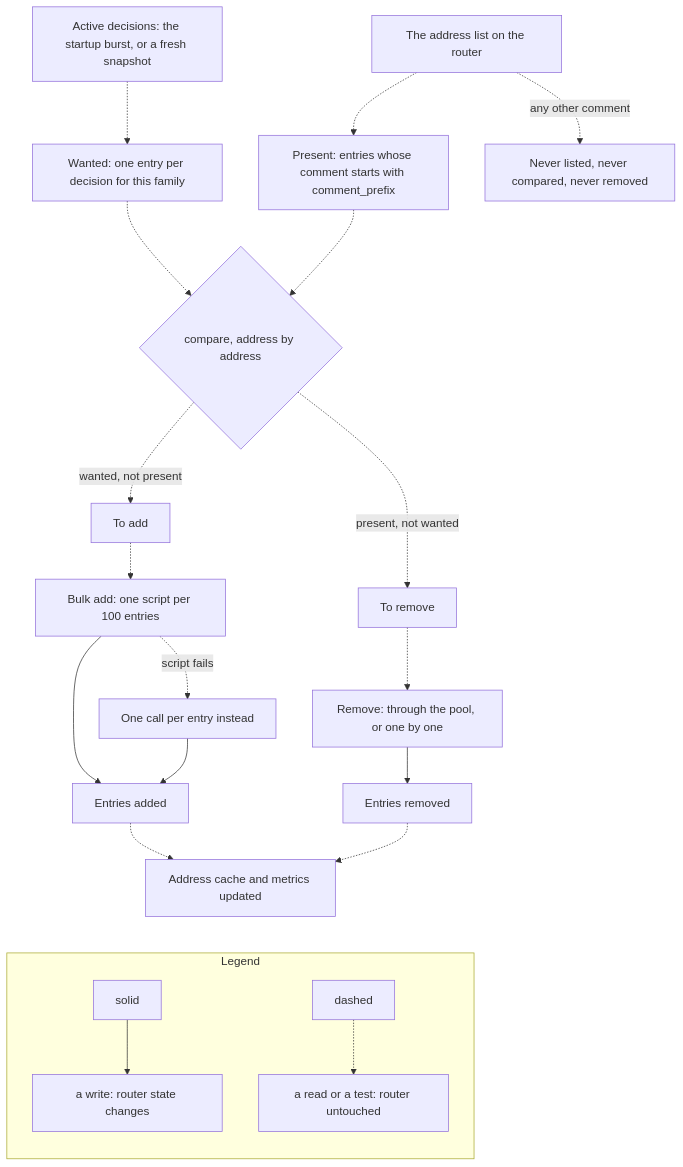
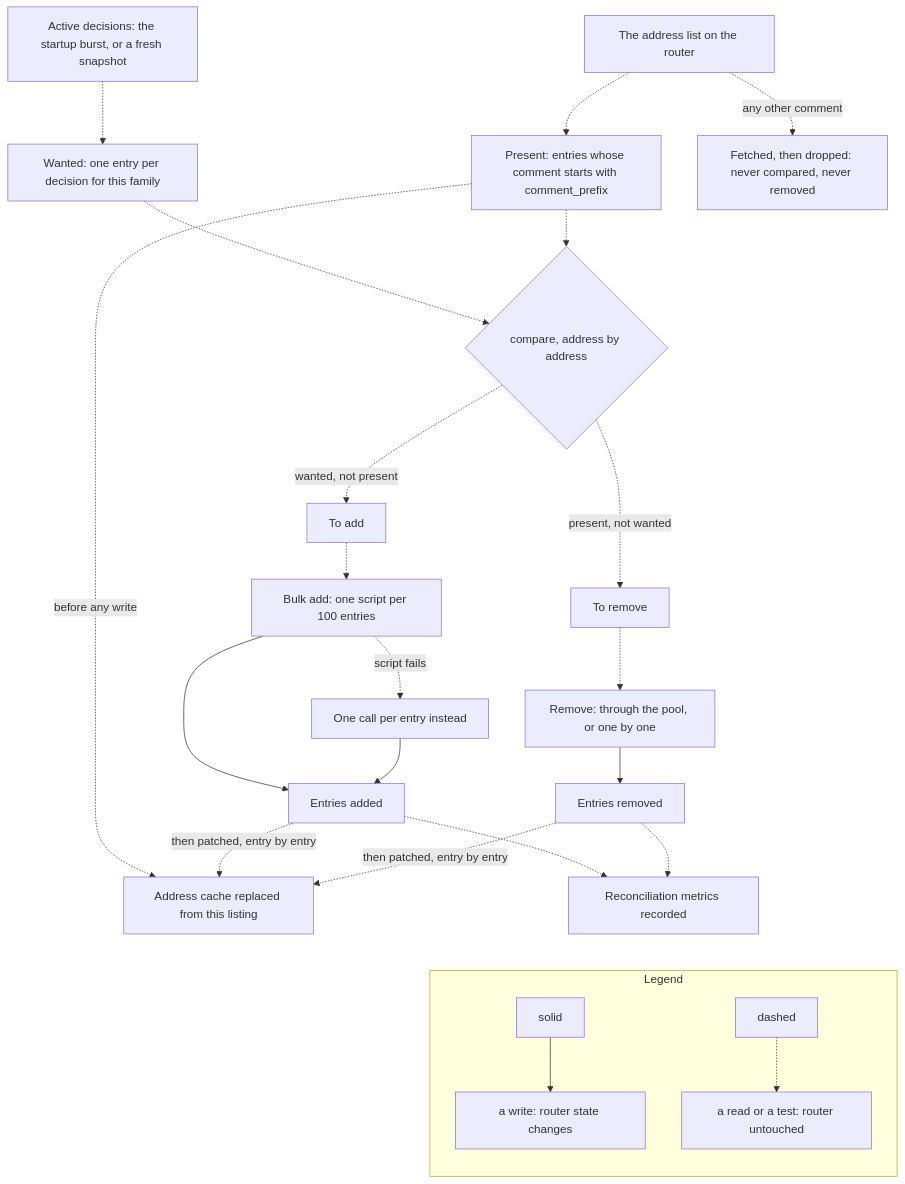
One commit to jmrplens/cs-routeros-bouncer changed the diagram in docs/src/content/docs/architecture/reconciliation.mdx. Above: the diagram before and after it, drawn with Mermaid. The commit also changed other lines of this file and 16 other files, not shown here.

````diff
--- a/docs/src/content/docs/architecture/reconciliation.mdx
+++ b/docs/src/content/docs/architecture/reconciliation.mdx
@@ -45,27 +49,30 @@
 ```mermaid
 flowchart TB
     accTitle: The reconciliation diff: snapshot in, router state in, adds and removes out
-    accDescr: A snapshot of active decisions becomes the wanted set, one entry per decision for this protocol family, keyed by normalised address. The address list on the router becomes the present set, but only the entries whose comment starts with the configured comment prefix; entries with any other comment are never listed, never compared and never removed. Comparing the two sets address by address yields the entries to add and the entries to remove. Additions go through a bulk RouterOS script of up to a hundred entries, falling back to one API call per entry when a script fails; removals go through the connection pool when it opened, and one by one on the main connection otherwise. Once the router has been changed, the in-memory address cache and the reconciliation metrics are updated from the result.
+    accDescr: A snapshot of active decisions becomes the wanted set, one entry per decision for this protocol family, keyed by normalised address. The address list on the router becomes the present set, but only the entries whose comment starts with the configured comment prefix; entries with any other comment are fetched from the router and then dropped client-side, so they are never compared and never removed — but they do cost transfer on every pass. Comparing the two sets address by address yields the entries to add and the entries to remove. The in-memory address cache is replaced from that same listing before any write goes out. Additions then go through a bulk RouterOS script of up to a hundred entries, dropping to one API call per entry when a script fails; removals go through the connection pool when it opened, and one by one on the main connection otherwise. Each add and each remove patches the cache again with what it attempted, and the reconciliation metrics are recorded once both have run.
     SNAP["Active decisions: the startup burst, or a fresh snapshot"] -.-> WANT["Wanted: one entry per decision for this family"]
     LIST["The address list on the router"] -.-> HAVE["Present: entries whose comment starts with comment_prefix"]
-    LIST -. "any other comment" .-> FOREIGN["Never listed, never compared, never removed"]
+    LIST -. "any other comment" .-> FOREIGN["Fetched, then dropped: never compared, never removed"]
+    HAVE -. "before any write" .-> CACHE["Address cache replaced from this listing"]
     WANT -.-> DIFF{"compare, address by address"}
     HAVE -.-> DIFF
     DIFF -. "wanted, not present" .-> TOADD["To add"]
     DIFF -. "present, not wanted" .-> TOREM["To remove"]
     TOADD -.-> BULK["Bulk add: one script per 100 entries"]
     BULK -. "script fails" .-> ONEBY["One call per entry instead"]
     TOREM -.-> DELE["Remove: through the pool, or one by one"]
     BULK --> ADDED["Entries added"]
     ONEBY --> ADDED
     DELE --> REMOVED["Entries removed"]
-    ADDED -.-> CACHE["Address cache and metrics updated"]
-    REMOVED -.-> CACHE
+    ADDED -. "then patched, entry by entry" .-> CACHE
+    REMOVED -. "then patched, entry by entry" .-> CACHE
+    ADDED -.-> MET["Reconciliation metrics recorded"]
+    REMOVED -.-> MET
 
-    CACHE ~~~ LEG
+    MET ~~~ LEG
     subgraph LEG["Legend"]
         direction TB
         LA["solid"] --> LB["a write: router state changes"]
         LC["dashed"] -.-> LD["a read or a test: router untouched"]
     end
 ```
````
